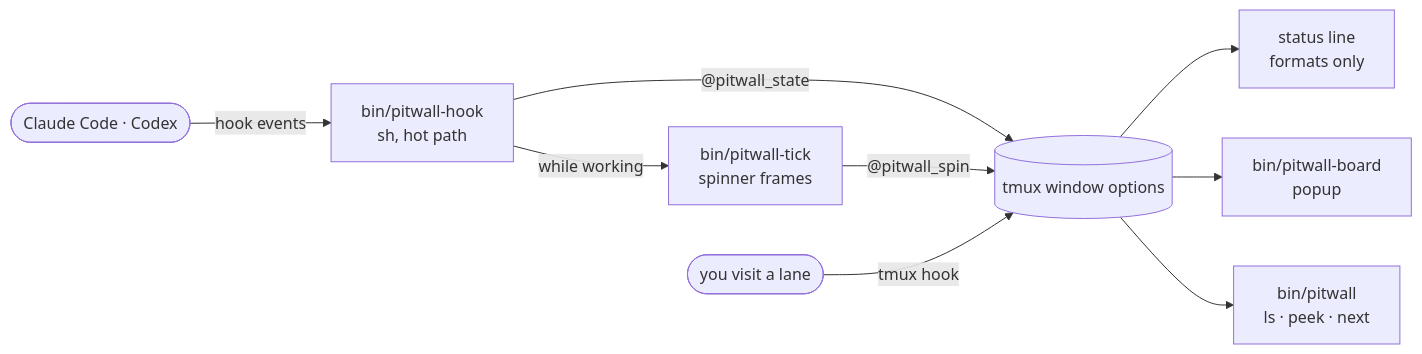
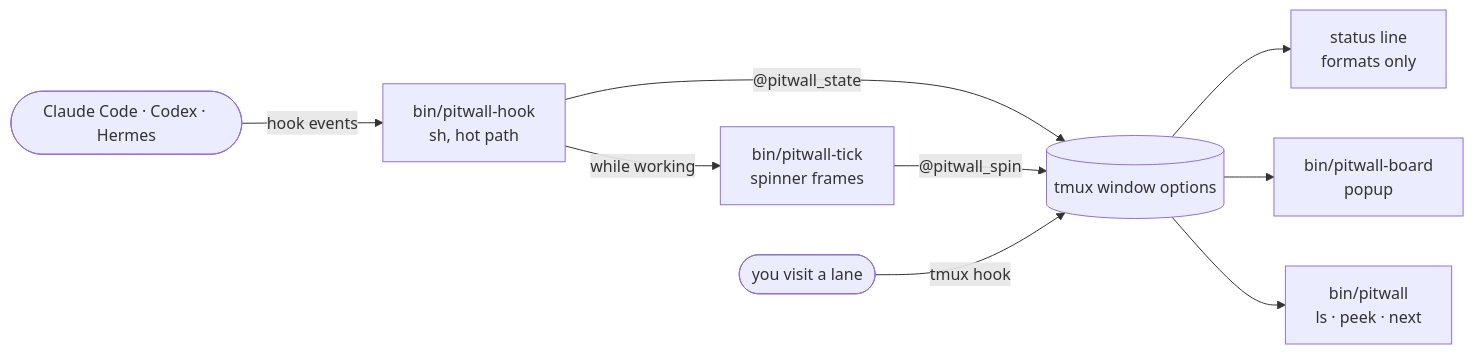
Before and after one commit to mateonunez/pitwall: the diagram in README.md, drawn with Mermaid. The commit also changed other lines of this file and 5 other files, not shown here.

Commit message:
feat: Hermes lanes through its gateway, and more agents recognised and resumed (#9)

````diff
--- a/README.md
+++ b/README.md
@@ -149,11 +166,11 @@
 ```mermaid
 flowchart LR
-  agents(["Claude Code · Codex"]) -- hook events --> hook["bin/pitwall-hook<br/>sh, hot path"]
+  agents(["Claude Code · Codex · Hermes"]) -- hook events --> hook["bin/pitwall-hook<br/>sh, hot path"]
   hook -- "@pitwall_state" --> tmux[("tmux window options")]
   hook -- "while working" --> tick["bin/pitwall-tick<br/>spinner frames"]
   tick -- "@pitwall_spin" --> tmux
   tmux --> status["status line<br/>formats only"]
   tmux --> board["bin/pitwall-board<br/>popup"]
   tmux --> cli["bin/pitwall<br/>ls · peek · next"]
   visit(["you visit a lane"]) -- "tmux hook" --> tmux
 ```
````
